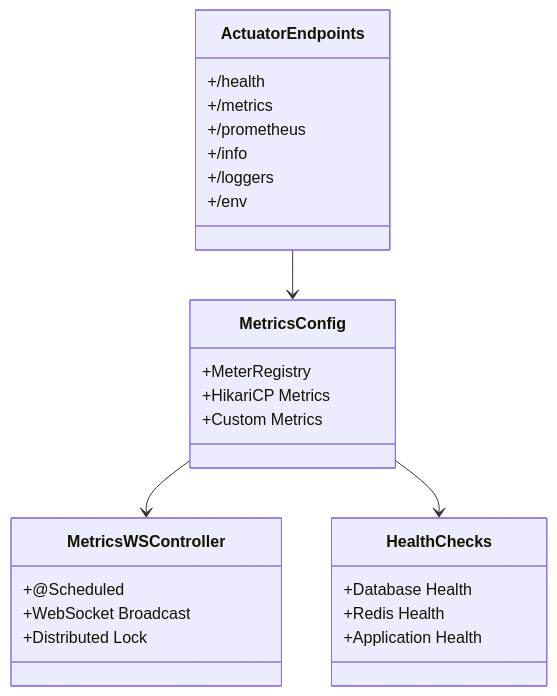
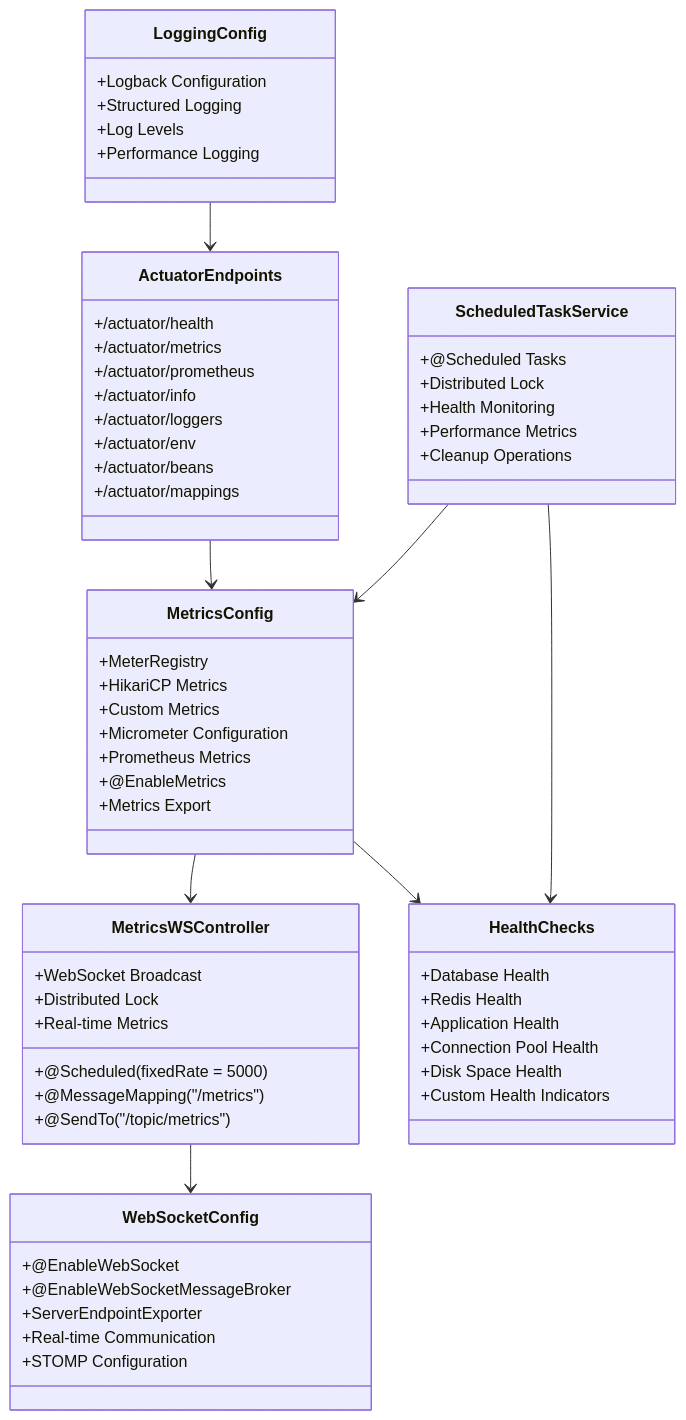
One commit to Vinskao/ty-multiverse-backend changed the tenth of 10 diagrams in README.md. Above: the diagram before and after it, drawn with Mermaid. The commit also changed other lines of this file, not shown here.

Commit message:
info: update graph

````diff
--- a/README.md
+++ b/README.md
@@ -471,33 +424,72 @@
 ```mermaid
 classDiagram
     class ActuatorEndpoints {
-        +/health
-        +/metrics
-        +/prometheus
-        +/info
-        +/loggers
-        +/env
+        +/actuator/health
+        +/actuator/metrics
+        +/actuator/prometheus
+        +/actuator/info
+        +/actuator/loggers
+        +/actuator/env
+        +/actuator/beans
+        +/actuator/mappings
     }
     
     class MetricsConfig {
         +MeterRegistry
         +HikariCP Metrics
         +Custom Metrics
+        +Micrometer Configuration
+        +Prometheus Metrics
+        +@EnableMetrics
+        +Metrics Export
     }
     
     class MetricsWSController {
-        +@Scheduled
+        +@Scheduled(fixedRate = 5000)
         +WebSocket Broadcast
         +Distributed Lock
+        +Real-time Metrics
+        +@MessageMapping("/metrics")
+        +@SendTo("/topic/metrics")
     }
     
     class HealthChecks {
         +Database Health
         +Redis Health
         +Application Health
+        +Connection Pool Health
+        +Disk Space Health
+        +Custom Health Indicators
+    }
+    
+    class WebSocketConfig {
+        +@EnableWebSocket
+        +@EnableWebSocketMessageBroker
+        +ServerEndpointExporter
+        +Real-time Communication
+        +STOMP Configuration
+    }
+    
+    class ScheduledTaskService {
+        +@Scheduled Tasks
+        +Distributed Lock
+        +Health Monitoring
+        +Performance Metrics
+        +Cleanup Operations
+    }
+    
+    class LoggingConfig {
+        +Logback Configuration
+        +Structured Logging
+        +Log Levels
+        +Performance Logging
     }
     
     ActuatorEndpoints --> MetricsConfig
     MetricsConfig --> MetricsWSController
     MetricsConfig --> HealthChecks
+    MetricsWSController --> WebSocketConfig
+    ScheduledTaskService --> MetricsConfig
+    ScheduledTaskService --> HealthChecks
+    LoggingConfig --> ActuatorEndpoints
 ```
````
